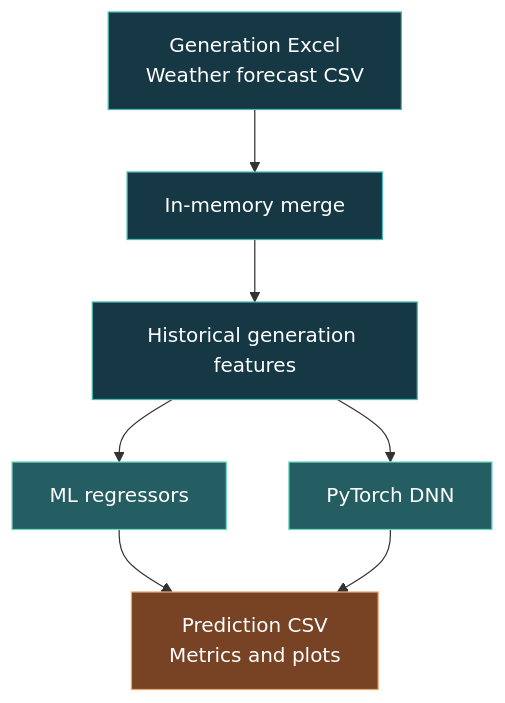
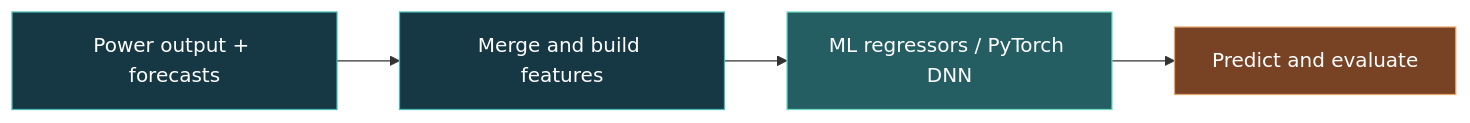
One commit to whitekun91/wind-power-predictor changed the diagram in README.en.md. Above: the diagram before and after it, drawn with Mermaid. The commit also changed other lines of this file and 1 other file, not shown here.

````diff
--- a/README.en.md
+++ b/README.en.md
@@ -30,15 +91,12 @@
 ```mermaid
-flowchart TB
-    A["Generation Excel<br/>Weather forecast CSV"] --> B["In-memory merge"]
-    B --> C["Historical generation features"]
-    C --> D["ML regressors"]
-    C --> E["PyTorch DNN"]
-    D --> F["Prediction CSV<br/>Metrics and plots"]
-    E --> F
+flowchart LR
+    A["Power output + forecasts"] --> B["Merge and build features"]
+    B --> C["ML regressors / PyTorch DNN"]
+    C --> D["Predict and evaluate"]
     classDef data fill:#163845,stroke:#4AB9B3,color:#FFFFFF;
     classDef model fill:#245D62,stroke:#6DD9C5,color:#FFFFFF;
     classDef result fill:#784225,stroke:#E6A76D,color:#FFFFFF;
-    class A,B,C data;
-    class D,E model;
-    class F result;
+    class A,B data;
+    class C model;
+    class D result;
 ```
````
